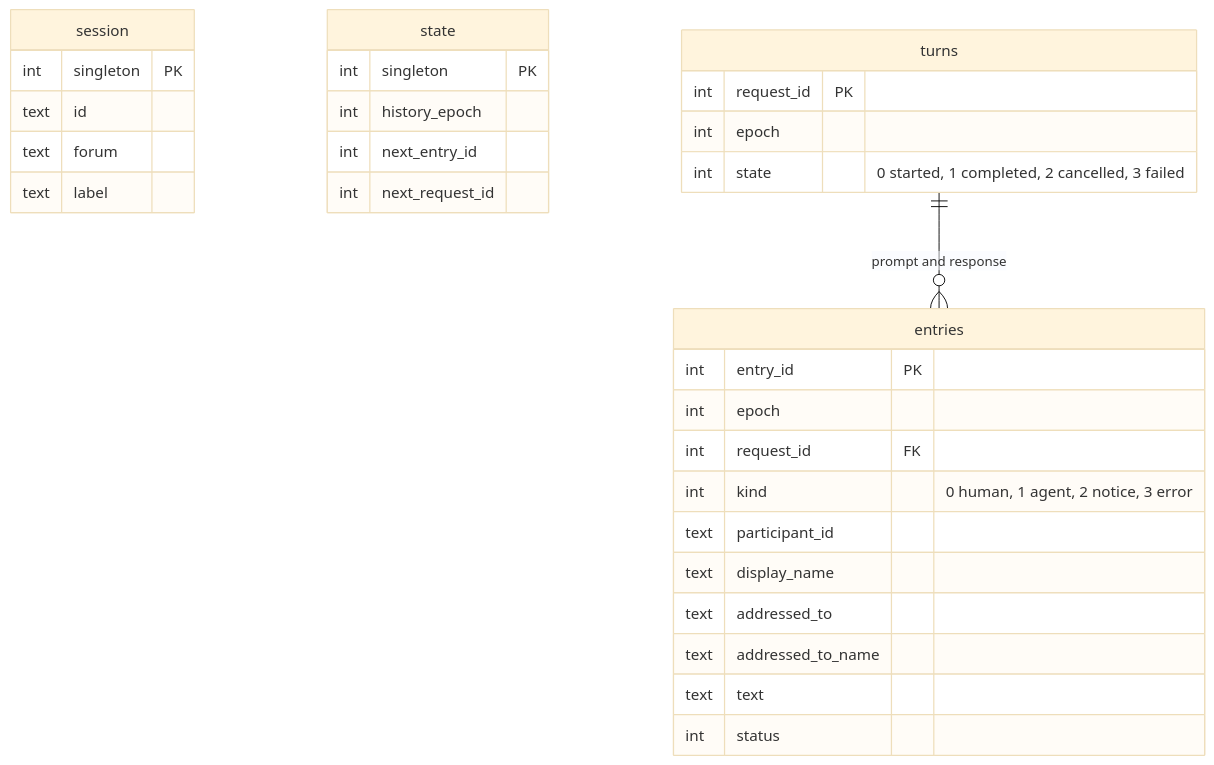
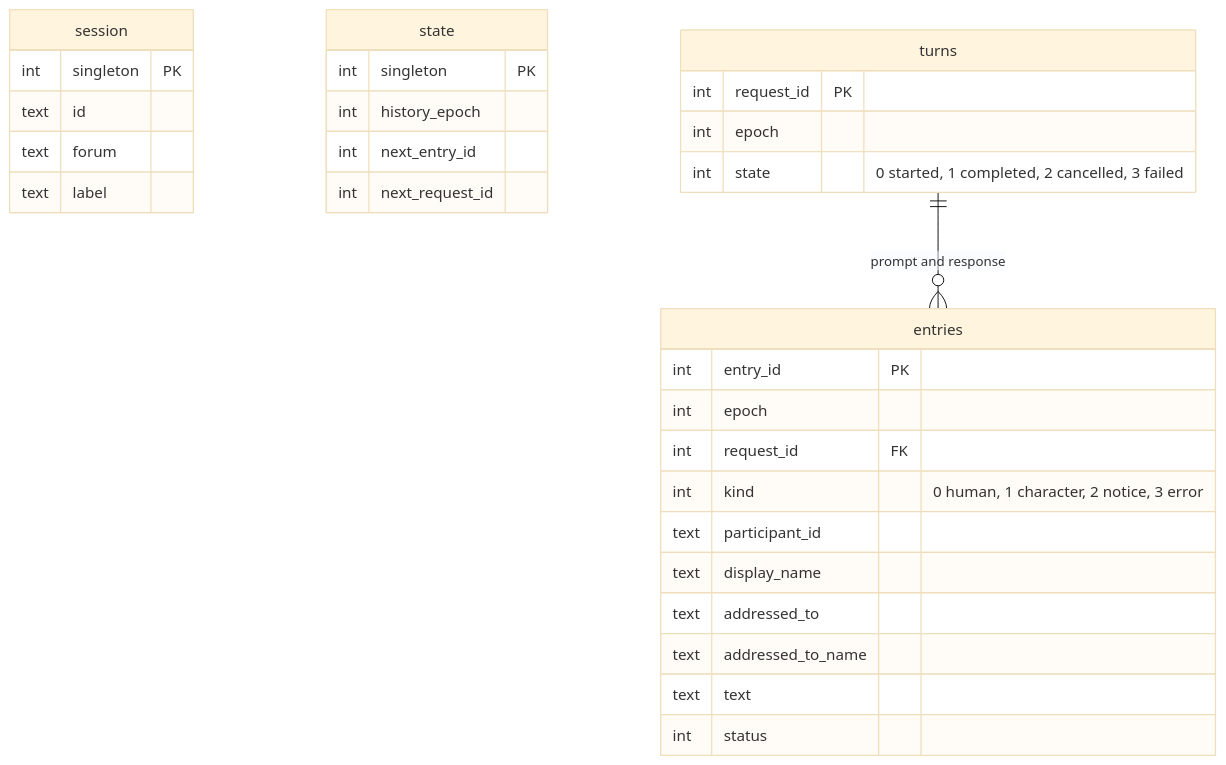
One commit to michaelpopov/cha changed the third of 4 diagrams in src/session/README.md. Above: the diagram before and after it, drawn with Mermaid (base theme). The commit also changed other lines of this file and 92 other files, not shown here.

````diff
--- a/src/session/README.md
+++ b/src/session/README.md
@@ -229,33 +231,33 @@
 ```mermaid
 erDiagram
     session {
         int singleton PK
         text id
         text forum
         text label
     }
     state {
         int singleton PK
         int history_epoch
         int next_entry_id
         int next_request_id
     }
     turns {
         int request_id PK
         int epoch
         int state "0 started, 1 completed, 2 cancelled, 3 failed"
     }
     entries {
         int entry_id PK
         int epoch
         int request_id FK
-        int kind "0 human, 1 agent, 2 notice, 3 error"
+        int kind "0 human, 1 character, 2 notice, 3 error"
         text participant_id
         text display_name
         text addressed_to
         text addressed_to_name
         text text
         int status
     }
     turns ||--o{ entries : "prompt and response"
 ```
````
